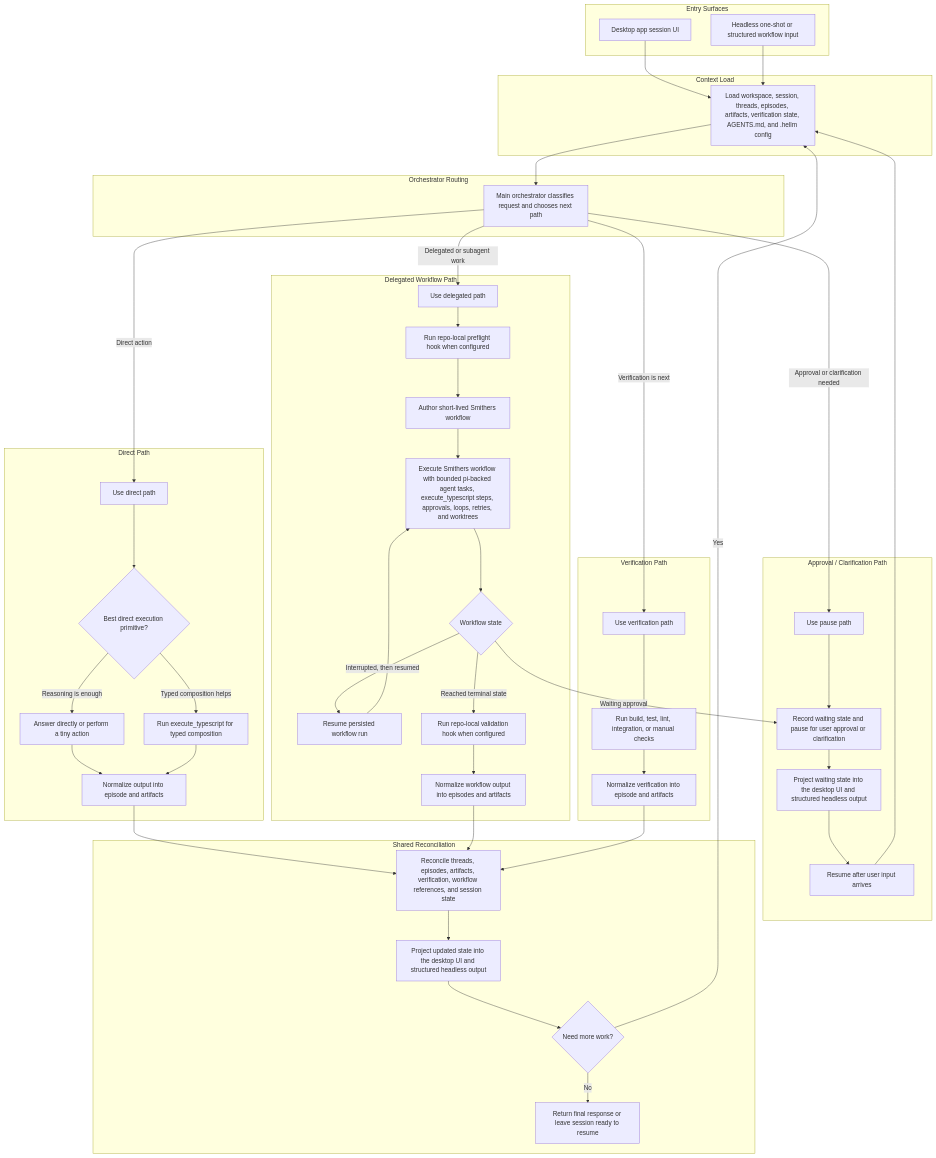
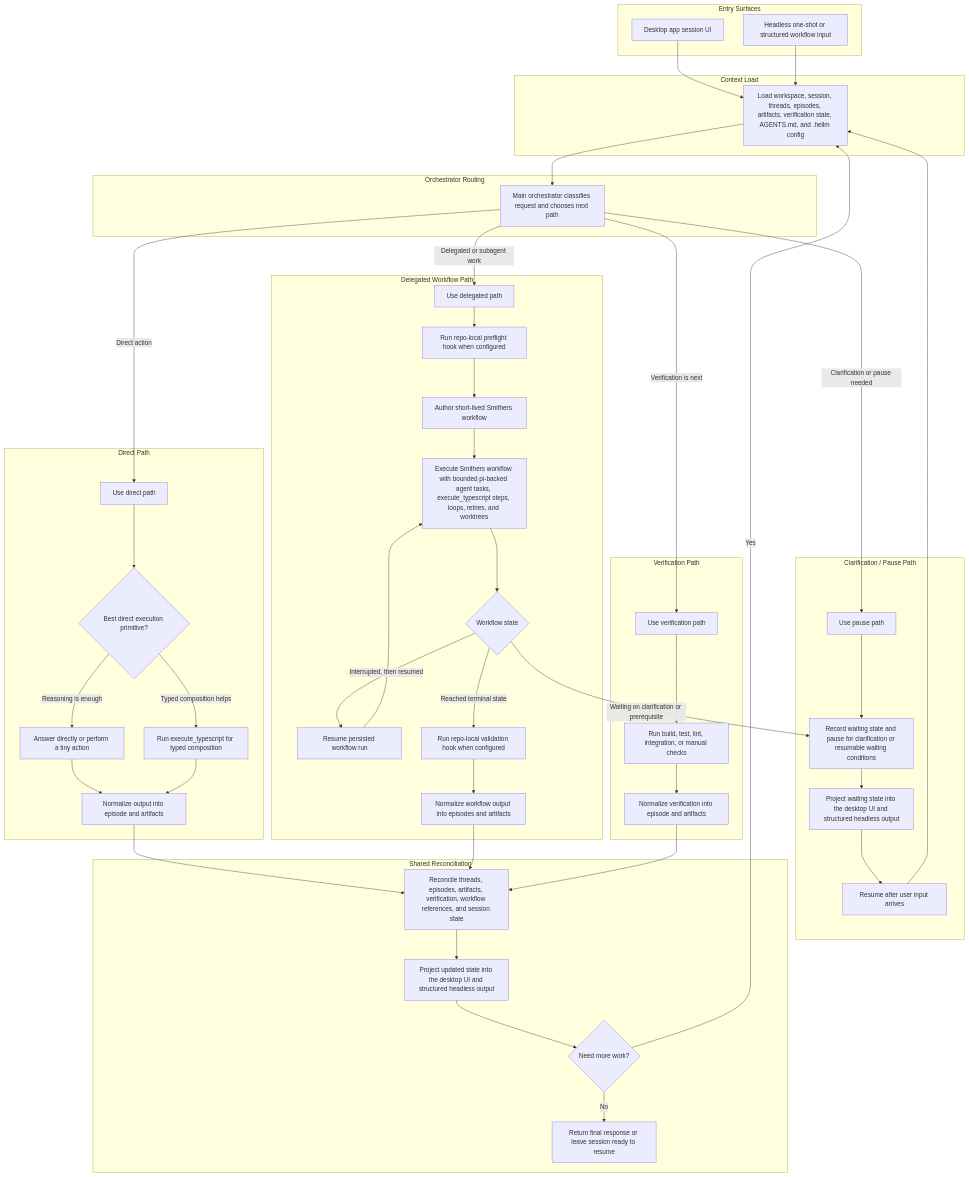
Before and after one commit to 0xpolarzero/hellm: the diagram in docs/execution-model.md, drawn with Mermaid. The commit also changed 5 other files, not shown here.

```diff
--- a/docs/execution-model.md
+++ b/docs/execution-model.md
@@ -31,7 +31,7 @@
         DelegatedStart["Use delegated path"]
         Preflight["Run repo-local preflight hook when configured"]
         Author["Author short-lived Smithers workflow"]
-        WorkflowRun["Execute Smithers workflow with bounded pi-backed agent tasks, execute_typescript steps, approvals, loops, retries, and worktrees"]
+        WorkflowRun["Execute Smithers workflow with bounded pi-backed agent tasks, execute_typescript steps, loops, retries, and worktrees"]
         WorkflowState{"Workflow state"}
         Resume["Resume persisted workflow run"]
         Validation["Run repo-local validation hook when configured"]
@@ -44,9 +44,9 @@
         VerificationEpisode["Normalize verification into episode and artifacts"]
     end
 
-    subgraph Pause["Approval / Clarification Path"]
+    subgraph Pause["Clarification / Pause Path"]
         PauseStart["Use pause path"]
-        Wait["Record waiting state and pause for user approval or clarification"]
+        Wait["Record waiting state and pause for clarification or resumable waiting conditions"]
         PauseProject["Project waiting state into the desktop UI and structured headless output"]
         ResumeAfterInput["Resume after user input arrives"]
     end
@@ -65,7 +65,7 @@
     Route -->|Direct action| DirectStart
     Route -->|Delegated or subagent work| DelegatedStart
     Route -->|Verification is next| VerificationStart
-    Route -->|Approval or clarification needed| PauseStart
+    Route -->|Clarification or pause needed| PauseStart
 
     DirectStart --> DirectChoice
     DirectChoice -->|Reasoning is enough| DirectReason
@@ -77,7 +77,7 @@
     Preflight --> Author
     Author --> WorkflowRun
     WorkflowRun --> WorkflowState
-    WorkflowState -->|Waiting approval| Wait
+    WorkflowState -->|Waiting on clarification or prerequisite| Wait
     WorkflowState -->|Interrupted, then resumed| Resume
     Resume --> WorkflowRun
     WorkflowState -->|Reached terminal state| Validation
```
